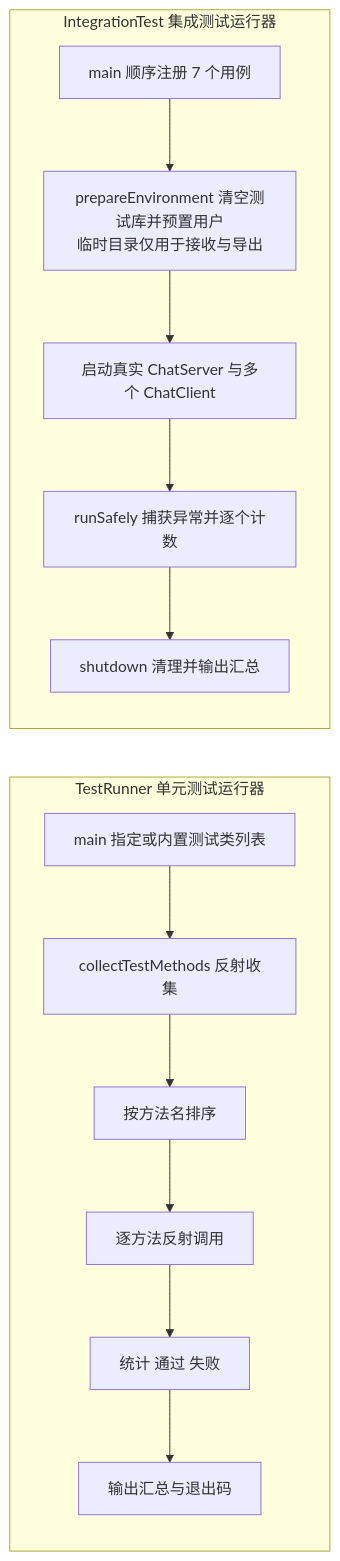
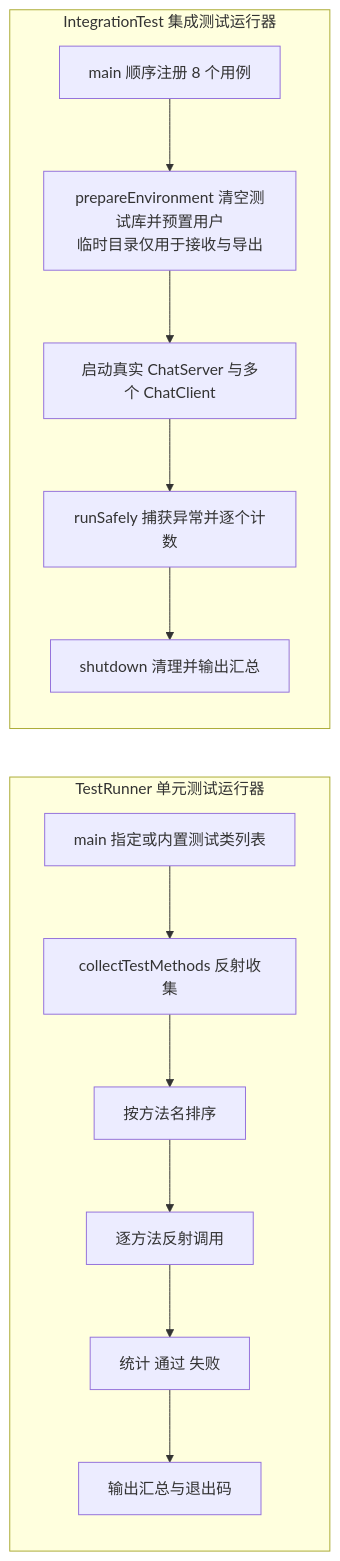
The second of 4 diagrams in docs/test/测试报告.md (FeiTwnd/lanchat), drawn with Mermaid before and after one commit. The commit also changed other lines of this file and 33 other files, not shown here.

````diff
--- a/docs/test/测试报告.md
+++ b/docs/test/测试报告.md
@@ -217,16 +245,16 @@
 ```mermaid
 flowchart LR
     subgraph Runner[TestRunner 单元测试运行器]
         M1[main 指定或内置测试类列表] --> S1[collectTestMethods 反射收集]
         S1 --> S2[按方法名排序]
         S2 --> S3[逐方法反射调用]
         S3 --> S4[统计 通过 失败]
         S4 --> S5[输出汇总与退出码]
     end
     subgraph Integration[IntegrationTest 集成测试运行器]
-        M2[main 顺序注册 7 个用例] --> S6[prepareEnvironment 清空测试库并预置用户<br/>临时目录仅用于接收与导出]
+        M2[main 顺序注册 8 个用例] --> S6[prepareEnvironment 清空测试库并预置用户<br/>临时目录仅用于接收与导出]
         S6 --> S7[启动真实 ChatServer 与多个 ChatClient]
         S7 --> S8[runSafely 捕获异常并逐个计数]
         S8 --> S9[shutdown 清理并输出汇总]
     end
 ```
````
